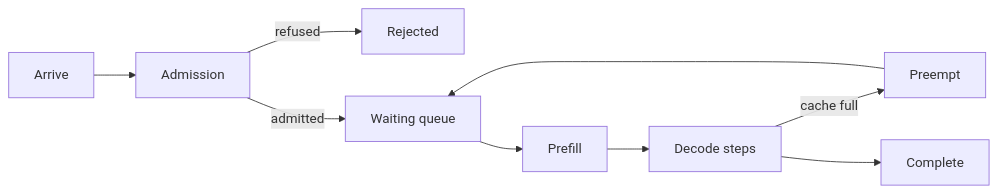
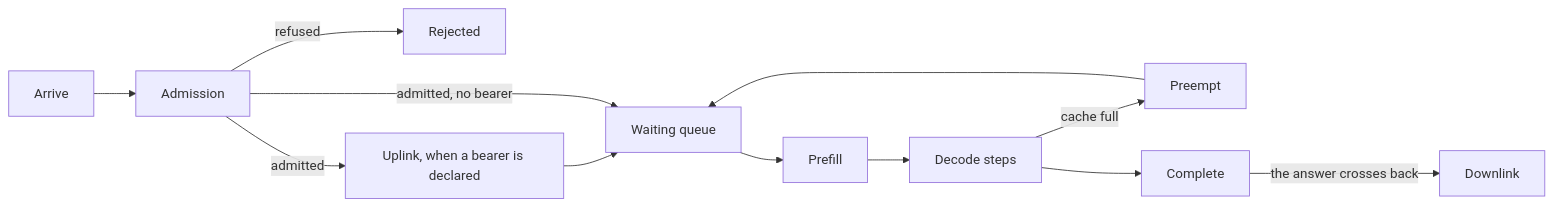
One commit to CharafeddineMechalikh/Docket changed the second of 4 diagrams in README.md. Above: the diagram before and after it, drawn with Mermaid. The commit also changed other lines of this file and 125 other files, not shown here.

````diff
--- a/README.md
+++ b/README.md
@@ -279,11 +295,14 @@
 ```mermaid
 flowchart LR
   A[Arrive] --> B[Admission]
   B -->|refused| R[Rejected]
-  B -->|admitted| C[Waiting queue]
+  B -->|admitted| L[Uplink, when a bearer is declared]
+  L --> C[Waiting queue]
+  B -->|admitted, no bearer| C
   C --> D[Prefill]
   D --> E[Decode steps]
   E -->|cache full| F[Preempt]
   F --> C
   E --> G[Complete]
+  G -->|the answer crosses back| L2[Downlink]
 ```
````
